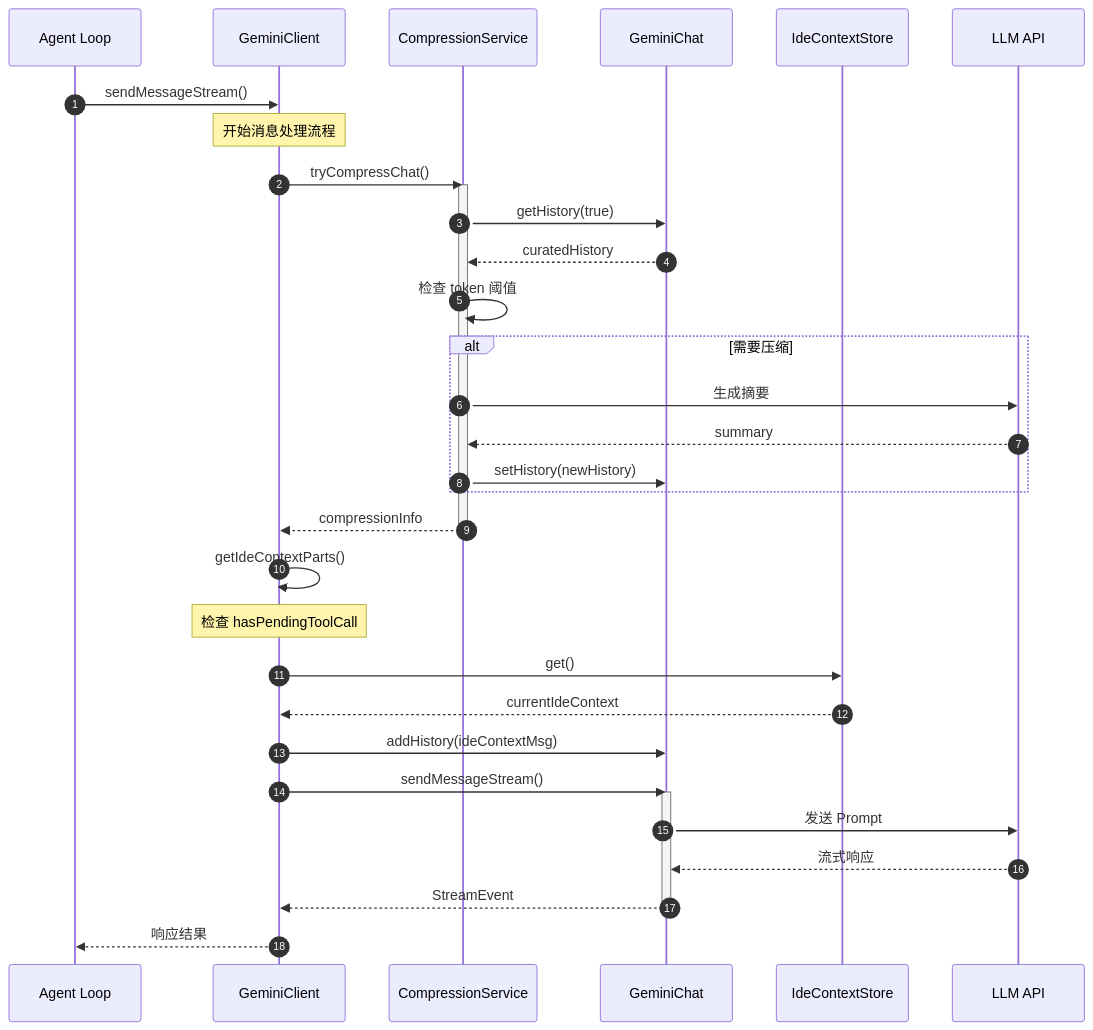
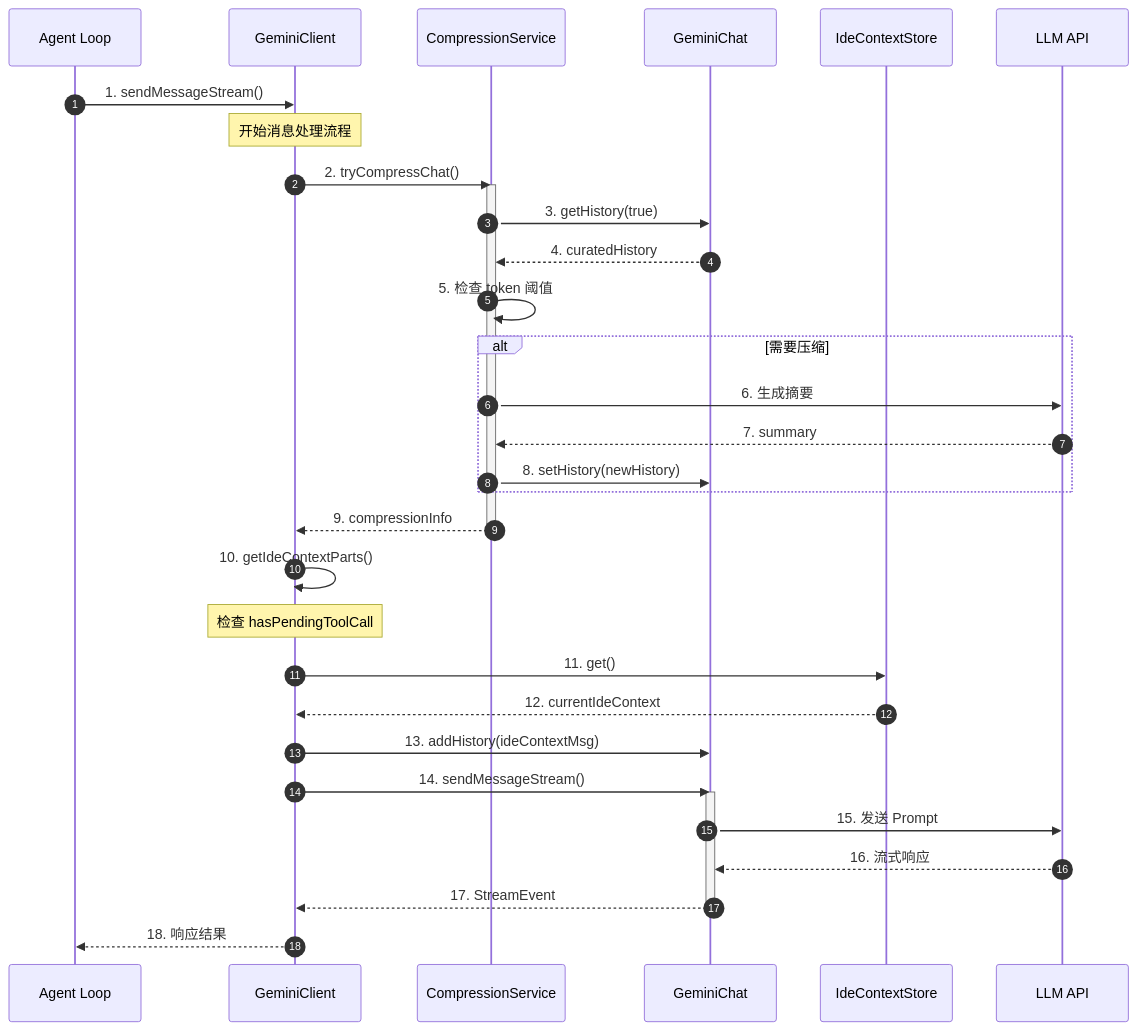
One commit to giraffe-tree/agent-base changed the first of 13 diagrams in docs/qwen-code/07-qwen-code-memory-context.md. Above: the diagram before and after it, drawn with Mermaid. The commit also changed other lines of this file and 155 other files, not shown here.

````diff
--- a/docs/qwen-code/07-qwen-code-memory-context.md
+++ b/docs/qwen-code/07-qwen-code-memory-context.md
@@ -89,41 +111,41 @@
 ```mermaid
 sequenceDiagram
     autonumber
     participant A as Agent Loop
     participant C as GeminiClient
     participant CMP as CompressionService
     participant CH as GeminiChat
     participant IDE as IdeContextStore
     participant LLM as LLM API
 
-    A->>C: sendMessageStream()
+    A->>C: 1. sendMessageStream()
     Note over C: 开始消息处理流程
 
-    C->>CMP: tryCompressChat()
+    C->>CMP: 2. tryCompressChat()
     activate CMP
-    CMP->>CH: getHistory(true)
-    CH-->>CMP: curatedHistory
-    CMP->>CMP: 检查 token 阈值
+    CMP->>CH: 3. getHistory(true)
+    CH-->>CMP: 4. curatedHistory
+    CMP->>CMP: 5. 检查 token 阈值
     alt 需要压缩
-        CMP->>LLM: 生成摘要
-        LLM-->>CMP: summary
-        CMP->>CH: setHistory(newHistory)
+        CMP->>LLM: 6. 生成摘要
+        LLM-->>CMP: 7. summary
+        CMP->>CH: 8. setHistory(newHistory)
     end
-    CMP-->>C: compressionInfo
+    CMP-->>C: 9. compressionInfo
     deactivate CMP
 
-    C->>C: getIdeContextParts()
+    C->>C: 10. getIdeContextParts()
     Note over C: 检查 hasPendingToolCall
-    C->>IDE: get()
-    IDE-->>C: currentIdeContext
-    C->>CH: addHistory(ideContextMsg)
+    C->>IDE: 11. get()
+    IDE-->>C: 12. currentIdeContext
+    C->>CH: 13. addHistory(ideContextMsg)
 
-    C->>CH: sendMessageStream()
+    C->>CH: 14. sendMessageStream()
     activate CH
-    CH->>LLM: 发送 Prompt
-    LLM-->>CH: 流式响应
-    CH-->>C: StreamEvent
+    CH->>LLM: 15. 发送 Prompt
+    LLM-->>CH: 16. 流式响应
+    CH-->>C: 17. StreamEvent
     deactivate CH
 
-    C-->>A: 响应结果
+    C-->>A: 18. 响应结果
 ```
````
